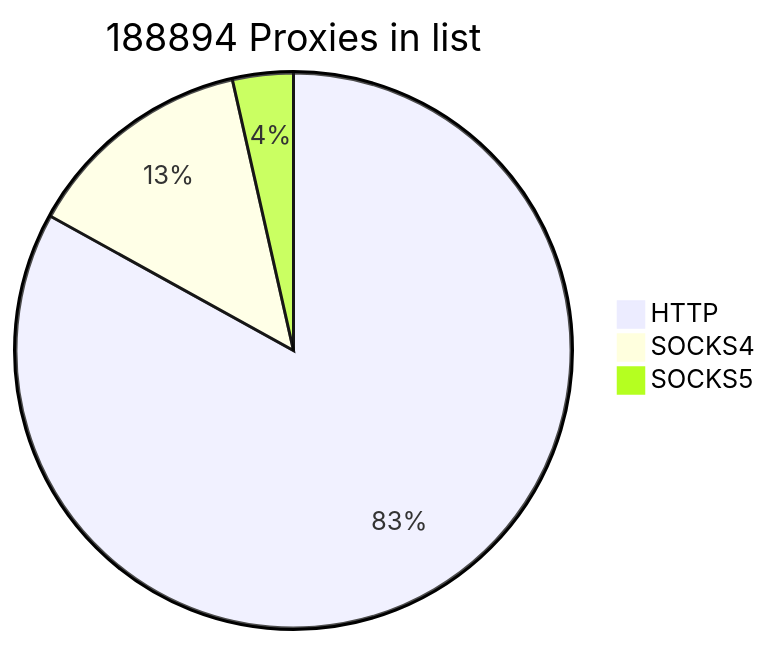
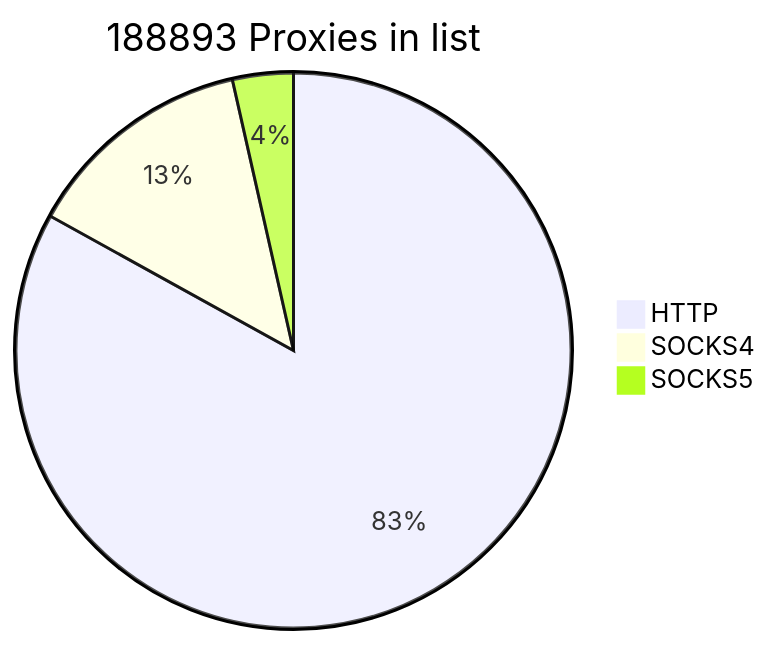
One commit to cutipu/proxylist changed the first of 2 diagrams in README.md. Above: the diagram before and after it, drawn with Mermaid. The commit also changed other lines of this file, not shown here.

````diff
--- a/README.md
+++ b/README.md
@@ -2,7 +2,7 @@
 ```mermaid
-pie title 188894 Proxies in list
+pie title 188893 Proxies in list
     "HTTP" : 156851
-    "SOCKS4" : 25370
-    "SOCKS5" : 6673
+    "SOCKS4" : 25368
+    "SOCKS5" : 6674
             
 ```
````
